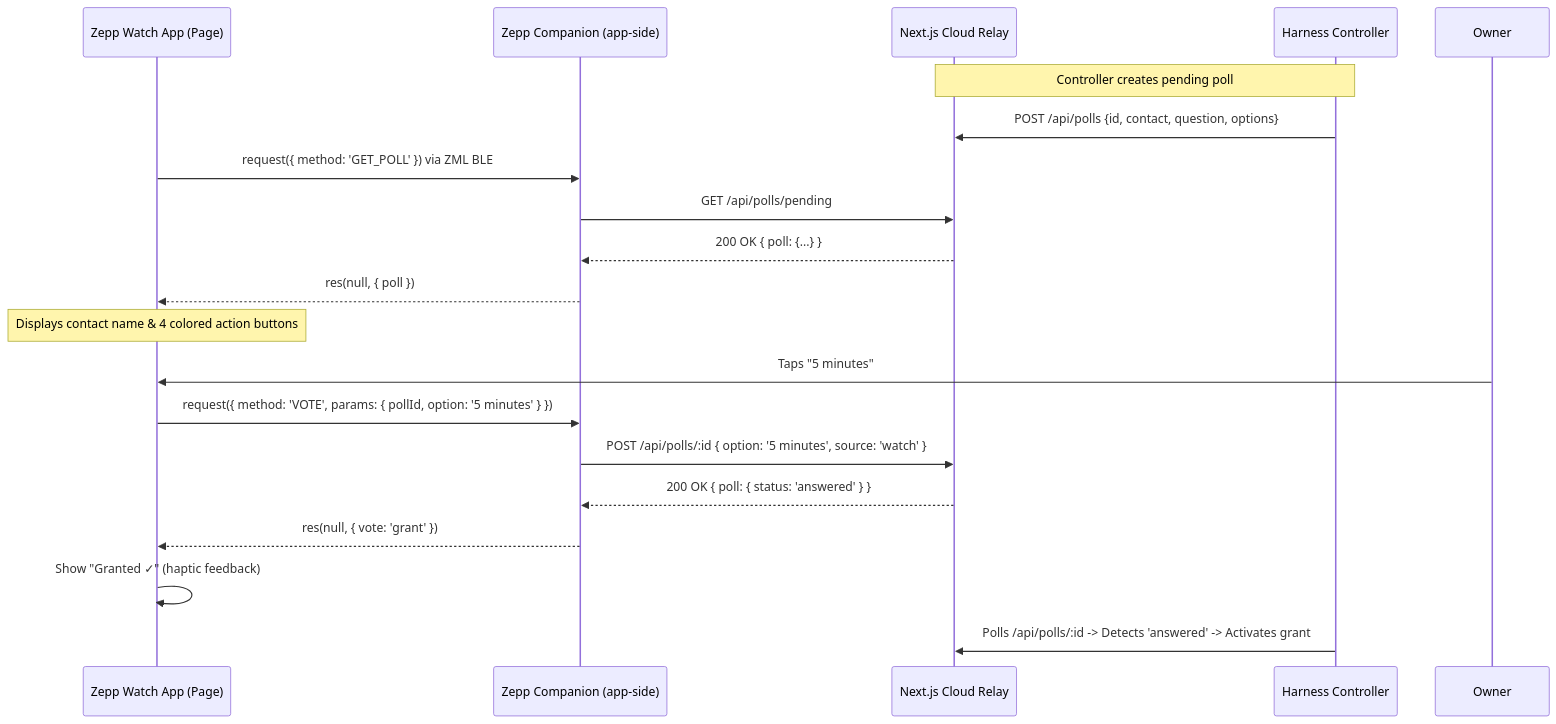
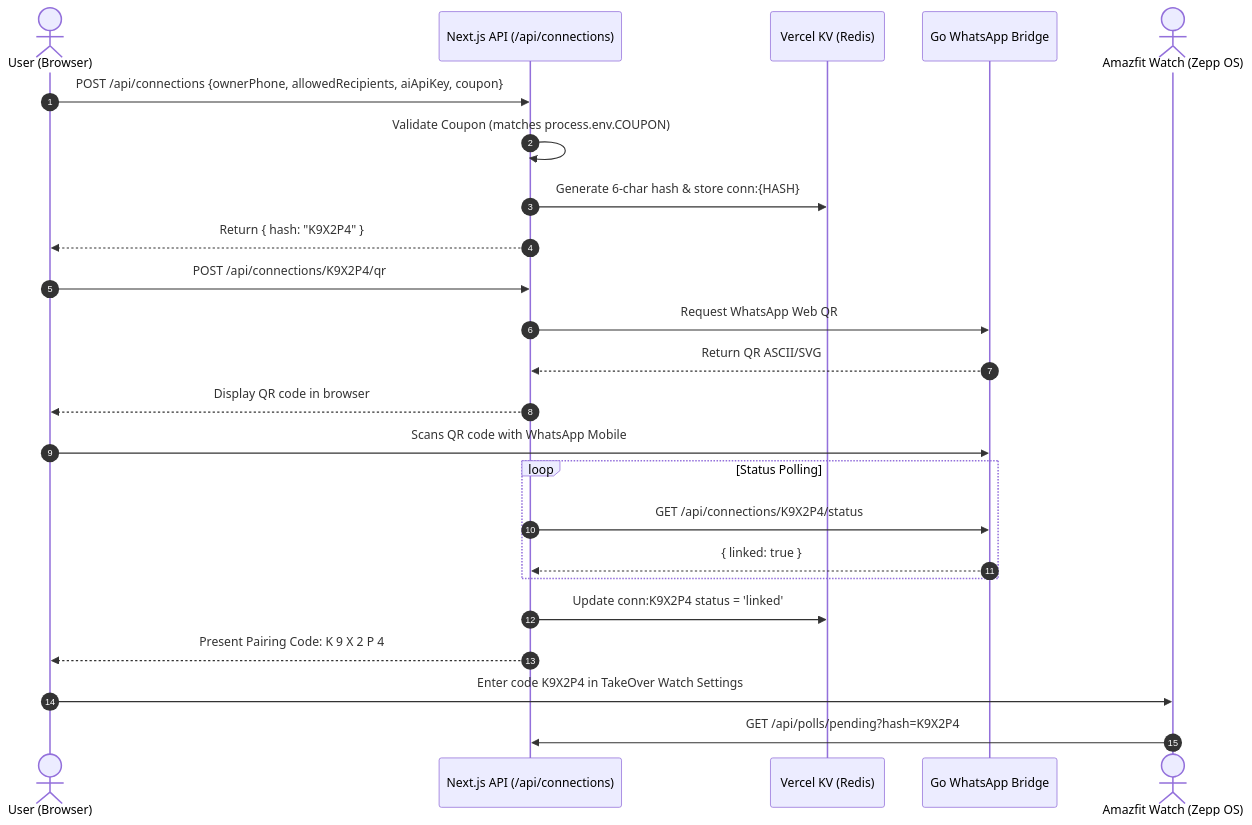
Before and after one commit to Nikhil-Mundhra/whatsapp-ai: the third of 3 diagrams in ARCHITECTURE.md, drawn with Mermaid. The commit also changed other lines of this file and 29 other files, not shown here.

````diff
--- a/ARCHITECTURE.md
+++ b/ARCHITECTURE.md
@@ -150,26 +148,30 @@
 ```mermaid
 sequenceDiagram
-    participant Watch as Zepp Watch App (Page)
-    participant Side as Zepp Companion (app-side)
-    participant Cloud as Next.js Cloud Relay
-    participant Controller as Harness Controller
+    autonumber
+    actor User as User (Browser)
+    participant Web as Next.js API (/api/connections)
+    participant KV as Vercel KV (Redis)
+    participant Bridge as Go WhatsApp Bridge
+    actor Watch as Amazfit Watch (Zepp OS)
 
-    Note over Controller, Cloud: Controller creates pending poll
-    Controller->>Cloud: POST /api/polls {id, contact, question, options}
+    User->>Web: POST /api/connections {ownerPhone, allowedRecipients, aiApiKey, coupon}
+    Web->>Web: Validate Coupon (matches process.env.COUPON)
+    Web->>KV: Generate 6-char hash & store conn:{HASH}
+    Web-->>User: Return { hash: "K9X2P4" }
     
-    Watch->>Side: request({ method: 'GET_POLL' }) via ZML BLE
-    Side->>Cloud: GET /api/polls/pending
-    Cloud-->>Side: 200 OK { poll: {...} }
-    Side-->>Watch: res(null, { poll })
+    User->>Web: POST /api/connections/K9X2P4/qr
+    Web->>Bridge: Request WhatsApp Web QR
+    Bridge-->>Web: Return QR ASCII/SVG
+    Web-->>User: Display QR code in browser
+    User->>Bridge: Scans QR code with WhatsApp Mobile
     
-    Note over Watch: Displays contact name & 4 colored action buttons
-    Owner->>Watch: Taps "5 minutes"
+    loop Status Polling
+        Web->>Bridge: GET /api/connections/K9X2P4/status
+        Bridge-->>Web: { linked: true }
+    end
+    Web->>KV: Update conn:K9X2P4 status = 'linked'
+    Web-->>User: Present Pairing Code: K 9 X 2 P 4
     
-    Watch->>Side: request({ method: 'VOTE', params: { pollId, option: '5 minutes' } })
-    Side->>Cloud: POST /api/polls/:id { option: '5 minutes', source: 'watch' }
-    Cloud-->>Side: 200 OK { poll: { status: 'answered' } }
-    Side-->>Watch: res(null, { vote: 'grant' })
-    
-    Watch->>Watch: Show "Granted ✓" (haptic feedback)
-    Controller->>Cloud: Polls /api/polls/:id -> Detects 'answered' -> Activates grant
+    User->>Watch: Enter code K9X2P4 in TakeOver Watch Settings
+    Watch->>Web: GET /api/polls/pending?hash=K9X2P4
 ```
````
